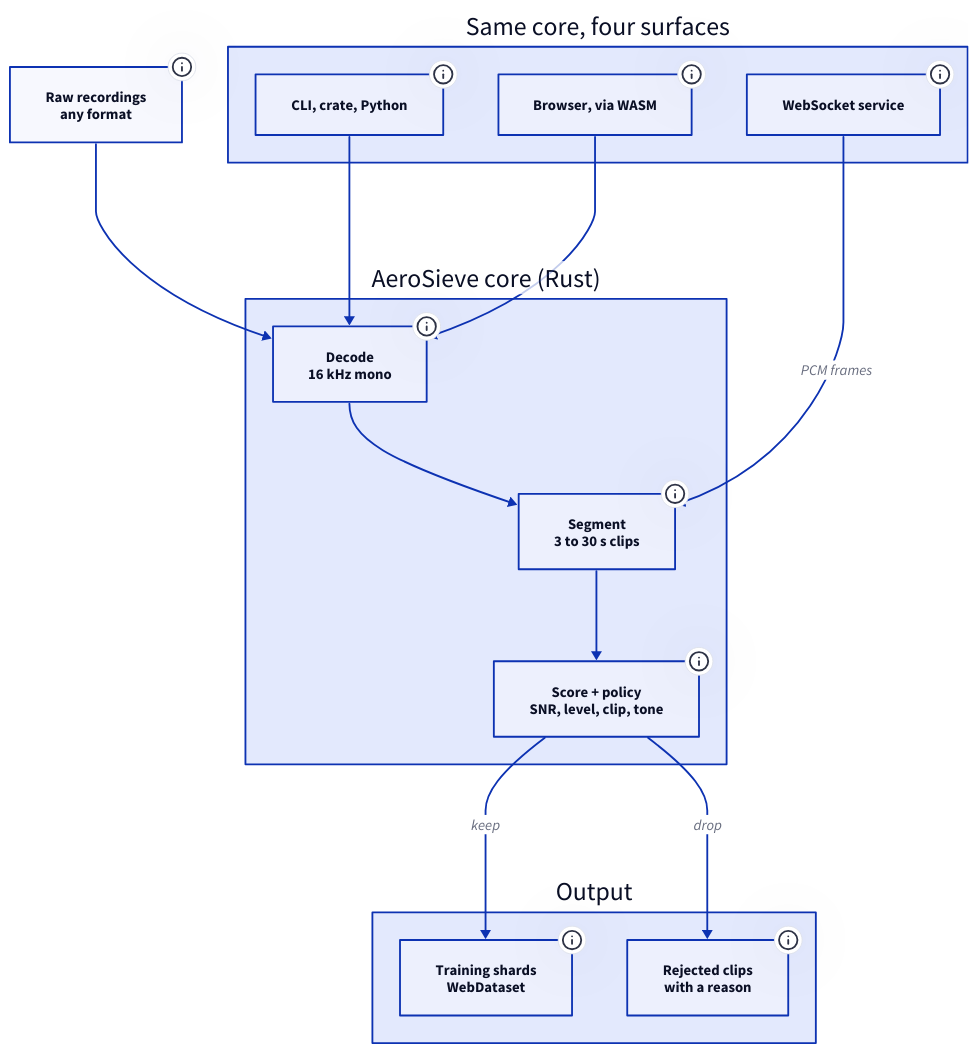
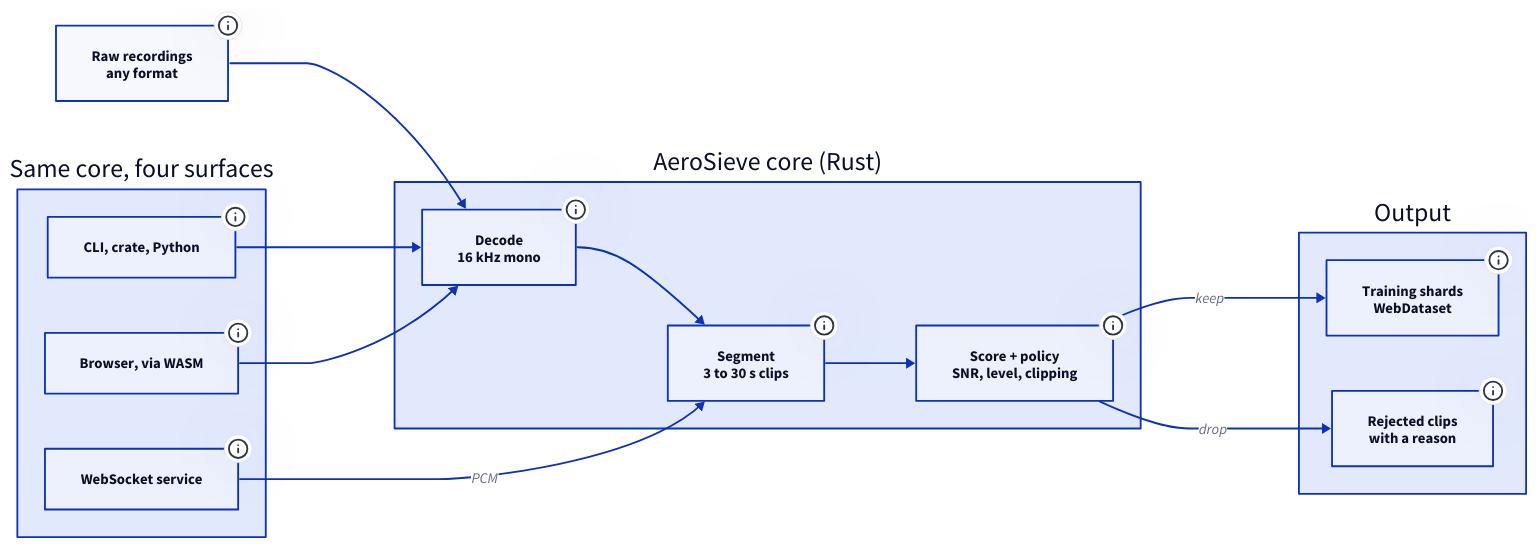
The diagram in data/projects/diagrams/aerosieve-pipeline.d2 (kunalgoesbyken/portfoliov1), drawn with D2 before and after one commit. The commit also changed 35 other files, not shown here.

Commit message:
Horizontal diagrams with side detail panel, uniform screenshot frames, direct project cards

```diff
--- a/data/projects/diagrams/aerosieve-pipeline.d2
+++ b/data/projects/diagrams/aerosieve-pipeline.d2
@@ -1,58 +1,58 @@
-direction: down
+direction: right
 
 surfaces: Same core, four surfaces {
   class: zone
   batch: CLI, crate, Python {
     class: client
     tooltip: "aerosieve-cli on crates.io, the Rust library, and PyO3 bindings for Python. Batch runs inspect files in parallel with rayon and write results in input order, so shards are byte-identical to a single-threaded run."
   }
   live: WebSocket service {
     class: client
     tooltip: "axum and tokio. Memory per session is bounded by the utterance in progress, and sessions and frame sizes are capped. It held 1,000 concurrent streams on a 4-core laptop with verdicts at 14.8 ms p95 and zero failures."
   }
   wasm: Browser, via WASM {
     class: client
     tooltip: "Decode, segment and score compiled to a 1.7 MB WebAssembly module. Audio never leaves the page, and moving a threshold re-applies the policy to stored measurements without decoding again."
   }
 }
 
 audio: Raw recordings\nany format {
   class: external
   tooltip: "wav, mp3, flac, ogg or mp4 from any source. Real corpora are full of silence, hiss, clipping, test tones and phone-line audio."
 }
 
 core: AeroSieve core (Rust) {
   class: zone
   decode: Decode\n16 kHz mono {
     class: service
     tooltip: "Converts to 16 kHz mono and levels loudness, but remembers the source full scale. Without that, leveling hid clipping; the benchmark caught this bug."
   }
   segment: Segment\n3 to 30 s clips {
     class: service
     tooltip: "A hysteresis state machine modelled on Silero speech timestamps: start above one threshold, continue above a lower one, end after 500 ms of quiet. Bridging short pauses raised kept Hindi speech from 16.4 to 25.6 minutes. Batch mode is this same streaming segmenter fed the whole file."
   }
-  score: Score + policy\nSNR, level, clip, tone {
+  score: Score + policy\nSNR, level, clipping {
     class: service
     tooltip: "Four deterministic numbers with no ML model: WADA-SNR, RMS level, clip ratio and spectral flatness over 300 to 3400 Hz. Measurement and judgement are separate, so thresholds change without re-reading audio."
   }
   decode -> segment -> score
 }
 
 out: Output {
   class: zone
   shards: Training shards\nWebDataset {
     class: store
     tooltip: "Tar shards with audio plus JSON per clip, a manifest.jsonl and stats.json, ready for a training data loader."
   }
   rejects: Rejected clips\nwith a reason {
     class: store
     tooltip: "Every dropped clip names its first failing check: low_snr, clipping, tonal, too_quiet, too_loud or silence. SieveBench caught 24,385 of 24,409 injected defects and named the right one for all but 2."
   }
 }
 
 audio -> core.decode
 surfaces.batch -> core.decode
-surfaces.live -> core.segment: PCM frames
+surfaces.live -> core.segment: PCM
 surfaces.wasm -> core.decode
 core.score -> out.shards: keep
 core.score -> out.rejects: drop
```
